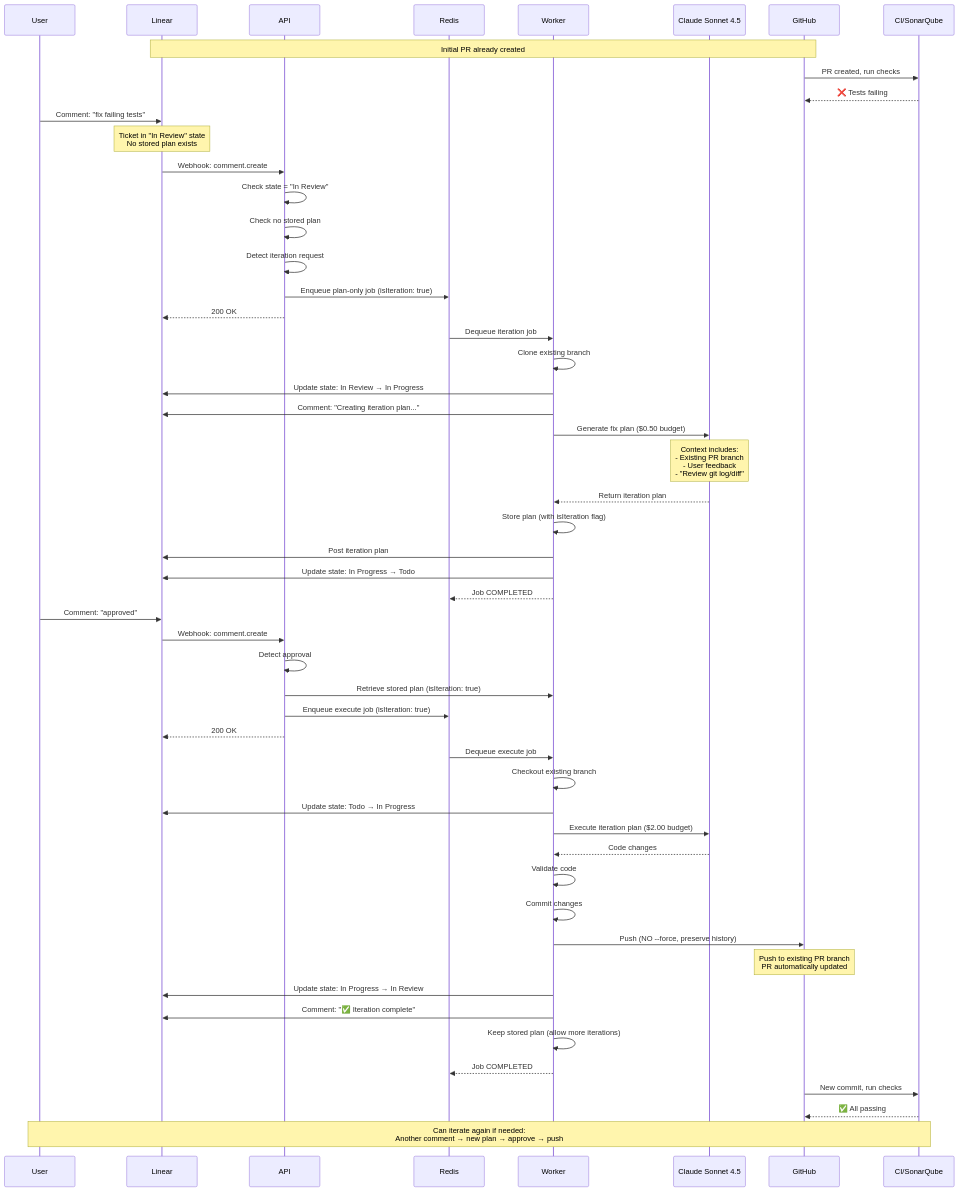
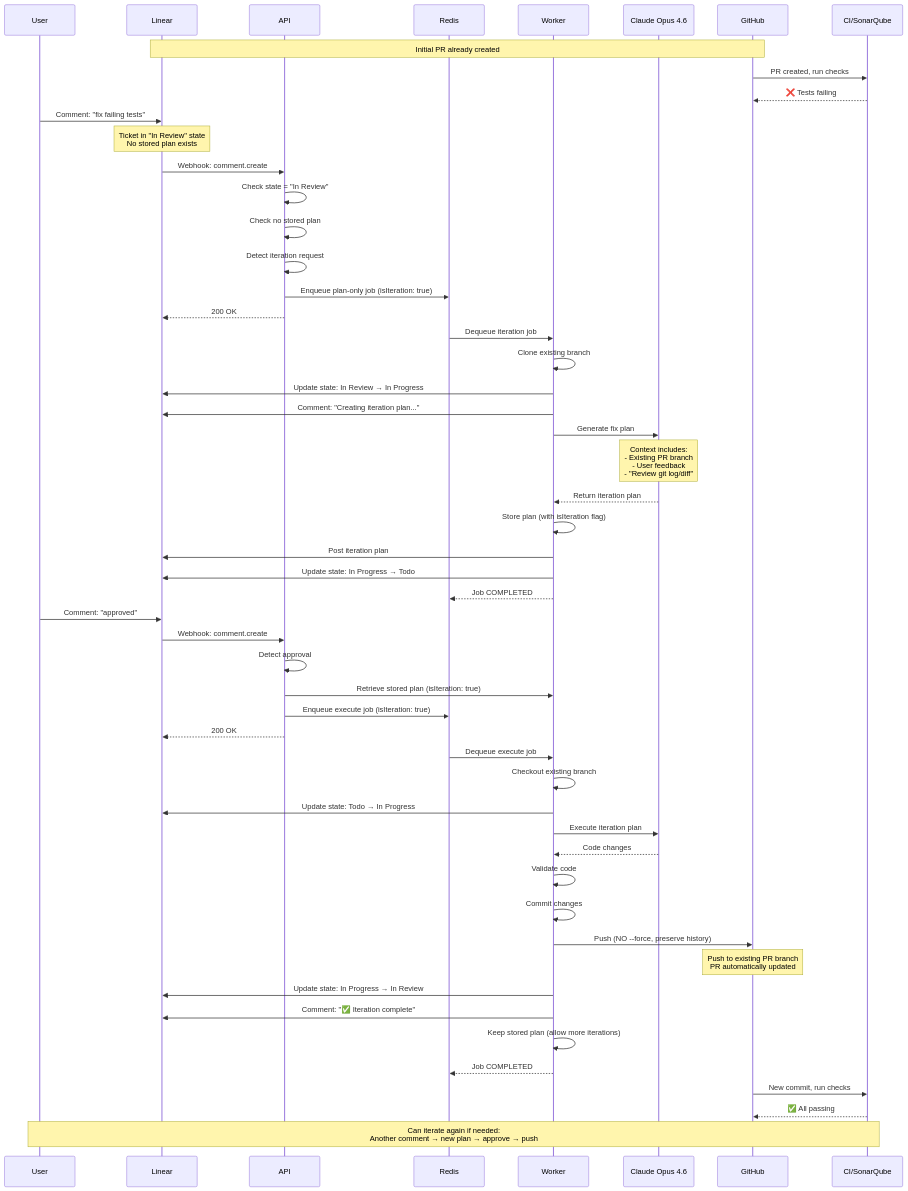
The third of 8 diagrams in ARCHITECTURE.md (Replikanti/ralph-platform), drawn with Mermaid before and after one commit. The commit also changed other lines of this file and 1 other file, not shown here.

First line of the commit message:
docs: update README and ARCHITECTURE for Claude Max flat-rate

````diff
--- a/ARCHITECTURE.md
+++ b/ARCHITECTURE.md
@@ -365,64 +369,64 @@
 ```mermaid
 sequenceDiagram
     participant User
     participant Linear
     participant API
     participant Redis
     participant Worker
-    participant Sonnet as Claude Sonnet 4.5
+    participant Opus as Claude Opus 4.6
     participant GitHub
     participant CI as CI/SonarQube
 
     Note over Linear,GitHub: Initial PR already created
 
     GitHub->>CI: PR created, run checks
     CI-->>GitHub: ❌ Tests failing
 
     User->>Linear: Comment: "fix failing tests"
     Note over Linear: Ticket in "In Review" state<br/>No stored plan exists
 
     Linear->>API: Webhook: comment.create
     API->>API: Check state = "In Review"
     API->>API: Check no stored plan
     API->>API: Detect iteration request
     API->>Redis: Enqueue plan-only job (isIteration: true)
     API-->>Linear: 200 OK
 
     Redis->>Worker: Dequeue iteration job
     Worker->>Worker: Clone existing branch
     Worker->>Linear: Update state: In Review → In Progress
     Worker->>Linear: Comment: "Creating iteration plan..."
-    Worker->>Sonnet: Generate fix plan ($0.50 budget)
-    Note over Sonnet: Context includes:<br/>- Existing PR branch<br/>- User feedback<br/>- "Review git log/diff"
-    Sonnet-->>Worker: Return iteration plan
+    Worker->>Opus: Generate fix plan
+    Note over Opus: Context includes:<br/>- Existing PR branch<br/>- User feedback<br/>- "Review git log/diff"
+    Opus-->>Worker: Return iteration plan
     Worker->>Worker: Store plan (with isIteration flag)
     Worker->>Linear: Post iteration plan
     Worker->>Linear: Update state: In Progress → Todo
     Worker-->>Redis: Job COMPLETED
 
     User->>Linear: Comment: "approved"
     Linear->>API: Webhook: comment.create
     API->>API: Detect approval
     API->>Worker: Retrieve stored plan (isIteration: true)
     API->>Redis: Enqueue execute job (isIteration: true)
     API-->>Linear: 200 OK
 
     Redis->>Worker: Dequeue execute job
     Worker->>Worker: Checkout existing branch
     Worker->>Linear: Update state: Todo → In Progress
-    Worker->>Sonnet: Execute iteration plan ($2.00 budget)
-    Sonnet-->>Worker: Code changes
+    Worker->>Opus: Execute iteration plan
+    Opus-->>Worker: Code changes
     Worker->>Worker: Validate code
     Worker->>Worker: Commit changes
     Worker->>GitHub: Push (NO --force, preserve history)
     Note over GitHub: Push to existing PR branch<br/>PR automatically updated
     Worker->>Linear: Update state: In Progress → In Review
     Worker->>Linear: Comment: "✅ Iteration complete"
     Worker->>Worker: Keep stored plan (allow more iterations)
     Worker-->>Redis: Job COMPLETED
 
     GitHub->>CI: New commit, run checks
     CI-->>GitHub: ✅ All passing
 
     Note over User,CI: Can iterate again if needed:<br/>Another comment → new plan → approve → push
 ```
````
